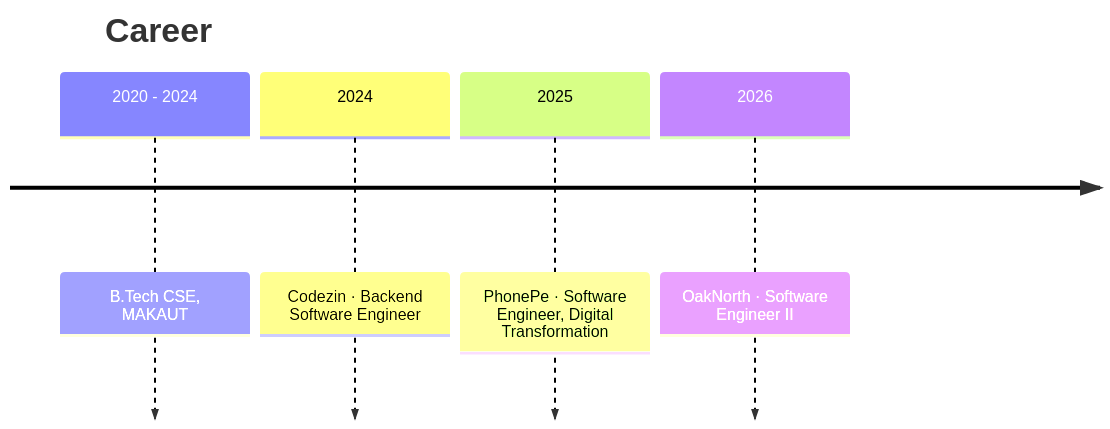
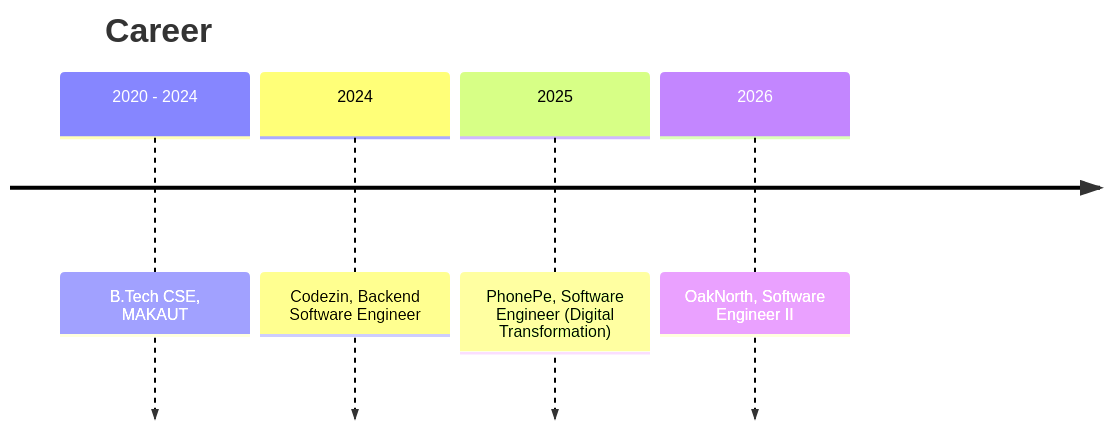
The diagram in README.md (satyanweshi11/satyanweshi11), drawn with Mermaid before and after one commit. The commit also changed other lines of this file, not shown here.

Commit message:
Refresh profile: AI/ML and backend positioning, featured projects, no emojis

````diff
--- a/README.md
+++ b/README.md
@@ -29,8 +30,8 @@
 ```mermaid
 timeline
     title Career
     2020 - 2024 : B.Tech CSE, MAKAUT
-    2024 : Codezin · Backend Software Engineer
-    2025 : PhonePe · Software Engineer, Digital Transformation
-    2026 : OakNorth · Software Engineer II
+    2024 : Codezin, Backend Software Engineer
+    2025 : PhonePe, Software Engineer (Digital Transformation)
+    2026 : OakNorth, Software Engineer II
 ```
````
